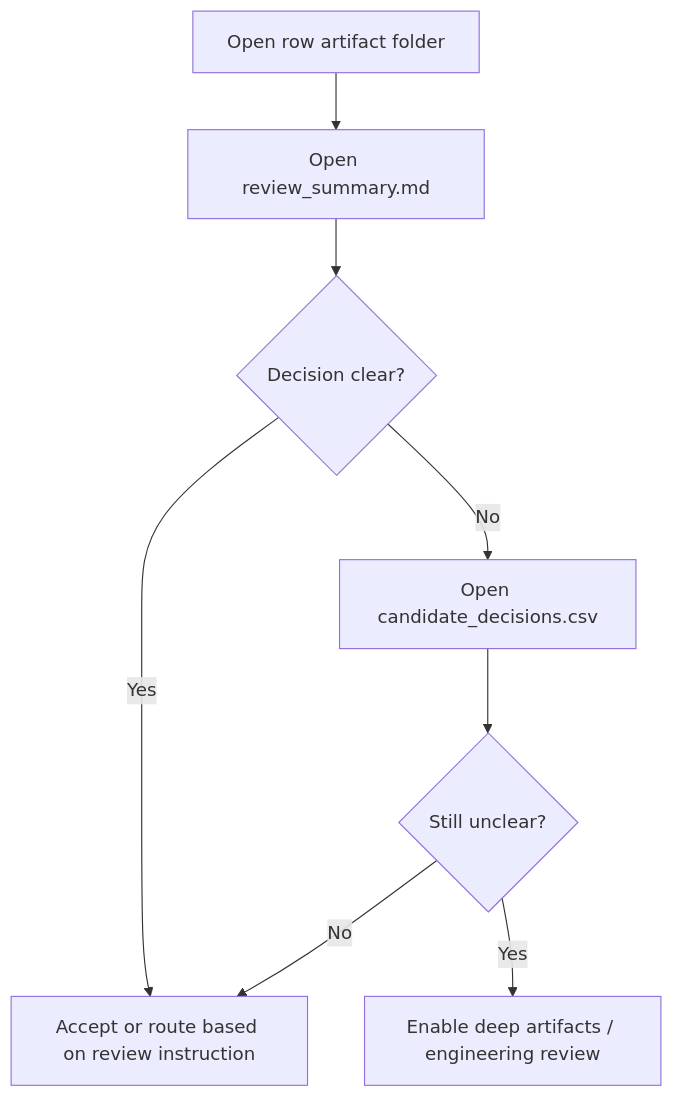
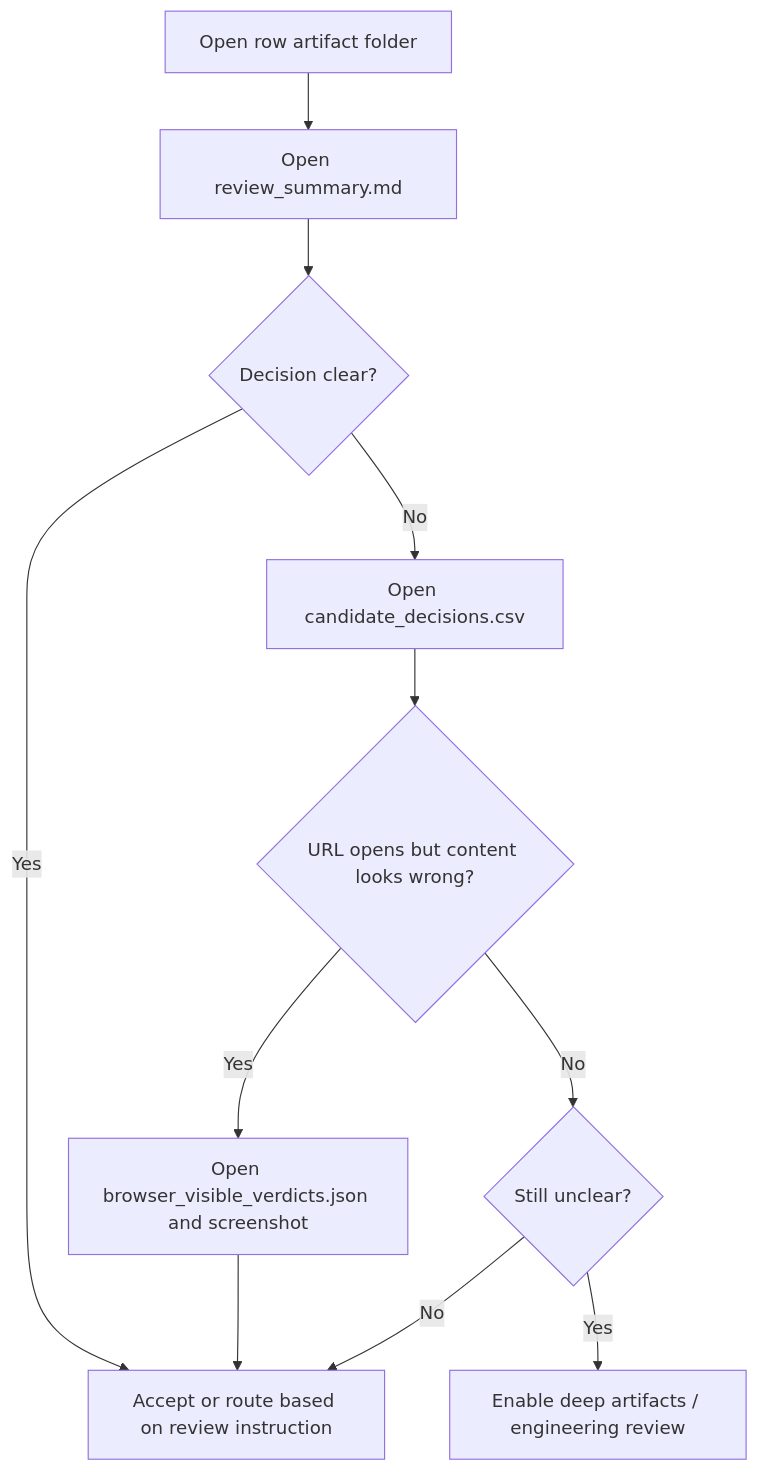
Before and after one commit to Akilankm/web_search_tool: the third of 5 diagrams in docs/ARTIFACT_GUIDE.md, drawn with Mermaid. The commit also changed other lines of this file, not shown here.

Commit message:
Update artifact guide for visible verdicts

````diff
--- a/docs/ARTIFACT_GUIDE.md
+++ b/docs/ARTIFACT_GUIDE.md
@@ -75,10 +91,13 @@
 ```mermaid
 flowchart TD
     A[Open row artifact folder] --> B[Open review_summary.md]
     B --> C{Decision clear?}
     C -->|Yes| D[Accept or route based on review instruction]
     C -->|No| E[Open candidate_decisions.csv]
-    E --> F{Still unclear?}
-    F -->|No| D
-    F -->|Yes| G[Enable deep artifacts / engineering review]
+    E --> F{URL opens but content looks wrong?}
+    F -->|Yes| G[Open browser_visible_verdicts.json and screenshot]
+    F -->|No| H{Still unclear?}
+    G --> D
+    H -->|No| D
+    H -->|Yes| I[Enable deep artifacts / engineering review]
 ```
````
